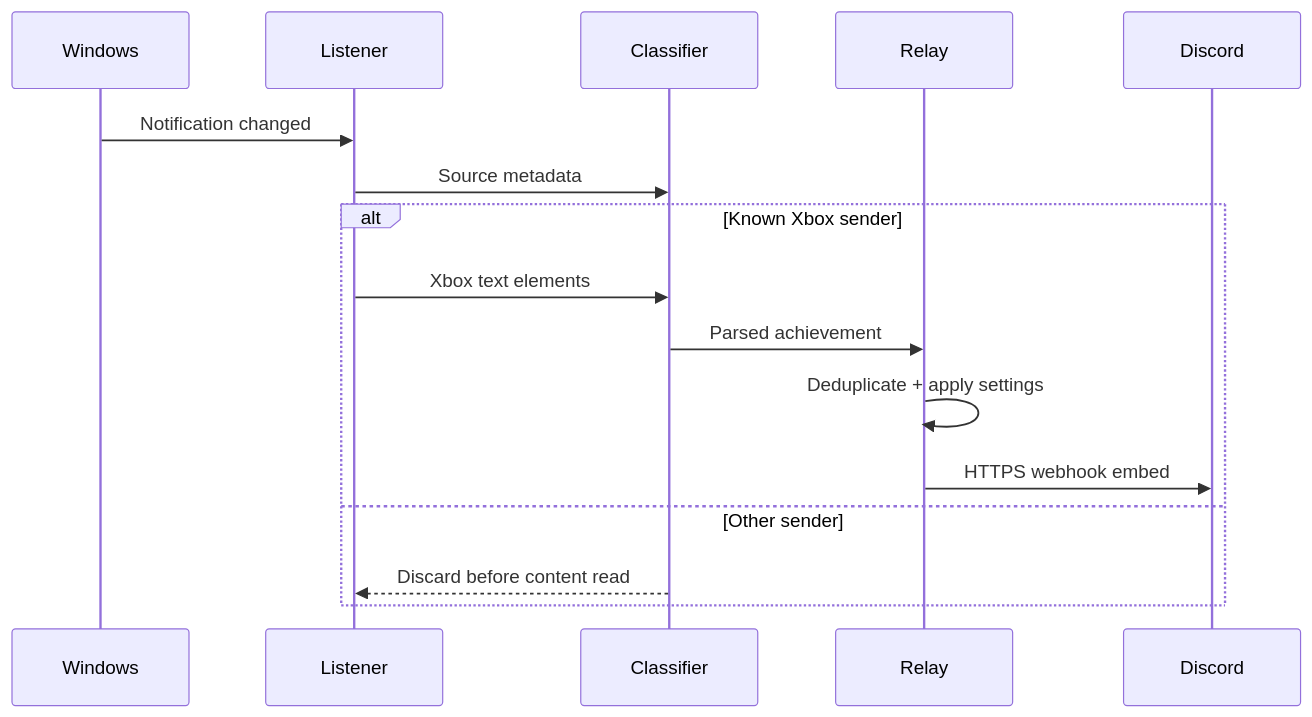
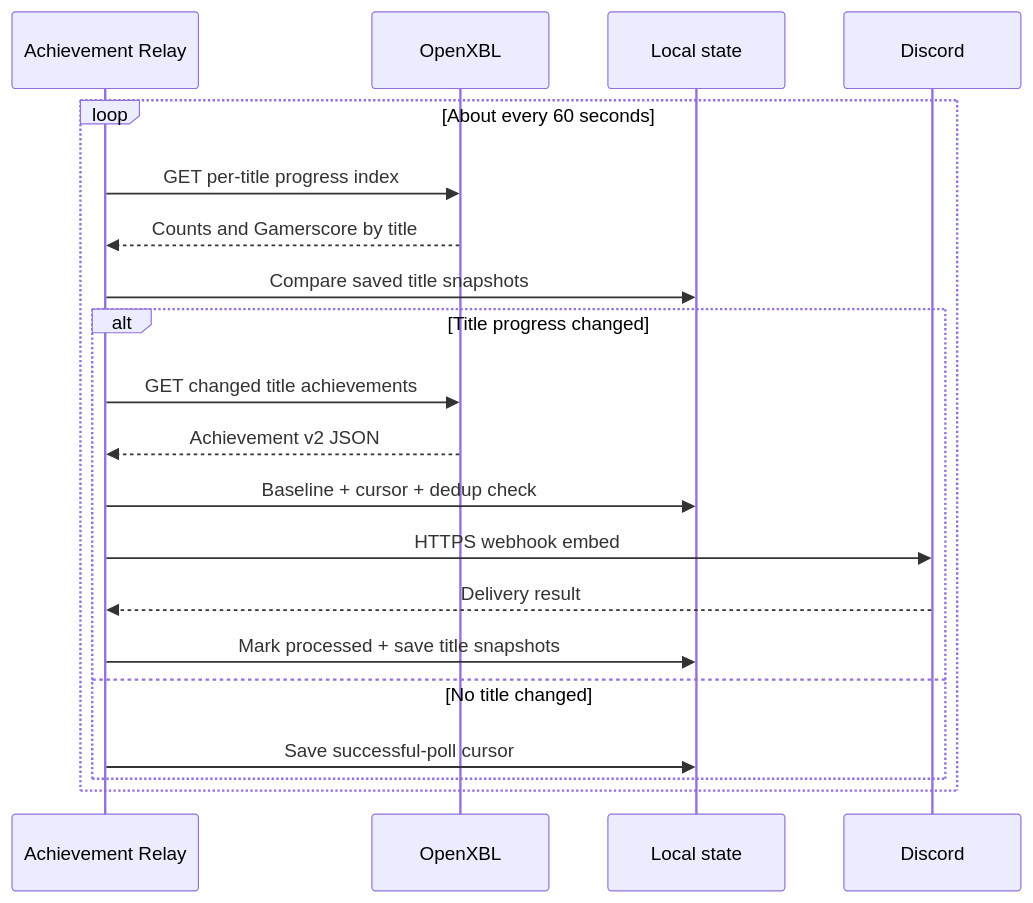
The diagram in docs/ARCHITECTURE.md (Conroy1988/Achievement-Relay), drawn with Mermaid before and after one commit. The commit also changed other lines of this file and 54 other files, not shown here.

First line of the commit message:
feat: relay Xbox achievements through OpenXBL (#1)

````diff
--- a/docs/ARCHITECTURE.md
+++ b/docs/ARCHITECTURE.md
@@ -12,18 +12,22 @@
 ```mermaid
 sequenceDiagram
-    participant W as Windows
-    participant L as Listener
-    participant C as Classifier
-    participant R as Relay
+    participant A as Achievement Relay
+    participant X as OpenXBL
+    participant L as Local state
     participant D as Discord
-    W->>L: Notification changed
-    L->>C: Source metadata
-    alt Known Xbox sender
-        L->>C: Xbox text elements
-        C->>R: Parsed achievement
-        R->>R: Deduplicate + apply settings
-        R->>D: HTTPS webhook embed
-    else Other sender
-        C-->>L: Discard before content read
+    loop About every 60 seconds
+        A->>X: GET per-title progress index
+        X-->>A: Counts and Gamerscore by title
+        A->>L: Compare saved title snapshots
+        alt Title progress changed
+            A->>X: GET changed title achievements
+            X-->>A: Achievement v2 JSON
+            A->>L: Baseline + cursor + dedup check
+            A->>D: HTTPS webhook embed
+            D-->>A: Delivery result
+            A->>L: Mark processed + save title snapshots
+        else No title changed
+            A->>L: Save successful-poll cursor
+        end
     end
 ```
````
